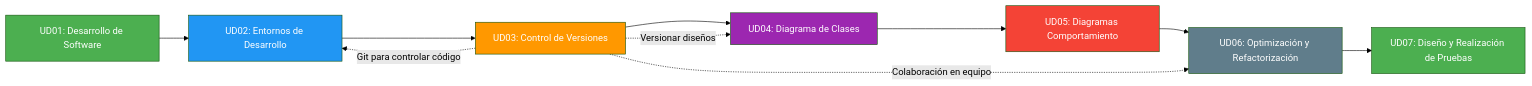
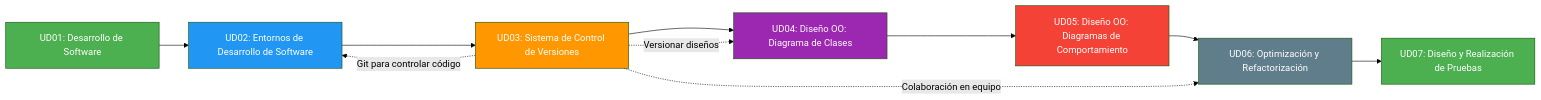
One commit to joseluisgs/EntornosDesarrollo-03-2026-2027 changed the second of 2 diagrams in 06-resumen.md. Above: the diagram before and after it, drawn with Mermaid (forest theme). The commit also changed other lines of this file and 5 other files, not shown here.

````diff
--- a/06-resumen.md
+++ b/06-resumen.md
@@ -294,21 +333,21 @@
 ```mermaid
 graph LR
-    UD01[UD01: Desarrollo de Software] --> UD02[UD02: Entornos de Desarrollo]
-    UD02 --> UD03[UD03: Control de Versiones]
-    UD03 --> UD04[UD04: Diagrama de Clases]
-    UD04 --> UD05[UD05: Diagramas Comportamiento]
+    UD01[UD01: Desarrollo de Software] --> UD02[UD02: Entornos de Desarrollo de Software]
+    UD02 --> UD03[UD03: Sistema de Control de Versiones]
+    UD03 --> UD04[UD04: Diseño OO: Diagrama de Clases]
+    UD04 --> UD05[UD05: Diseño OO: Diagramas de Comportamiento]
     UD05 --> UD06[UD06: Optimización y Refactorización]
     UD06 --> UD07[UD07: Diseño y Realización de Pruebas]
 
     UD03 -.->|Git para controlar código| UD02
     UD03 -.->|Versionar diseños| UD04
     UD03 -.->|Colaboración en equipo| UD06
 
     style UD01 fill:#4CAF50,color:#fff
     style UD02 fill:#2196F3,color:#fff
     style UD03 fill:#FF9800,color:#fff
     style UD04 fill:#9C27B0,color:#fff
     style UD05 fill:#f44336,color:#fff
     style UD06 fill:#607D8B,color:#fff
     style UD07 fill:#4CAF50,color:#fff
 ```
````
